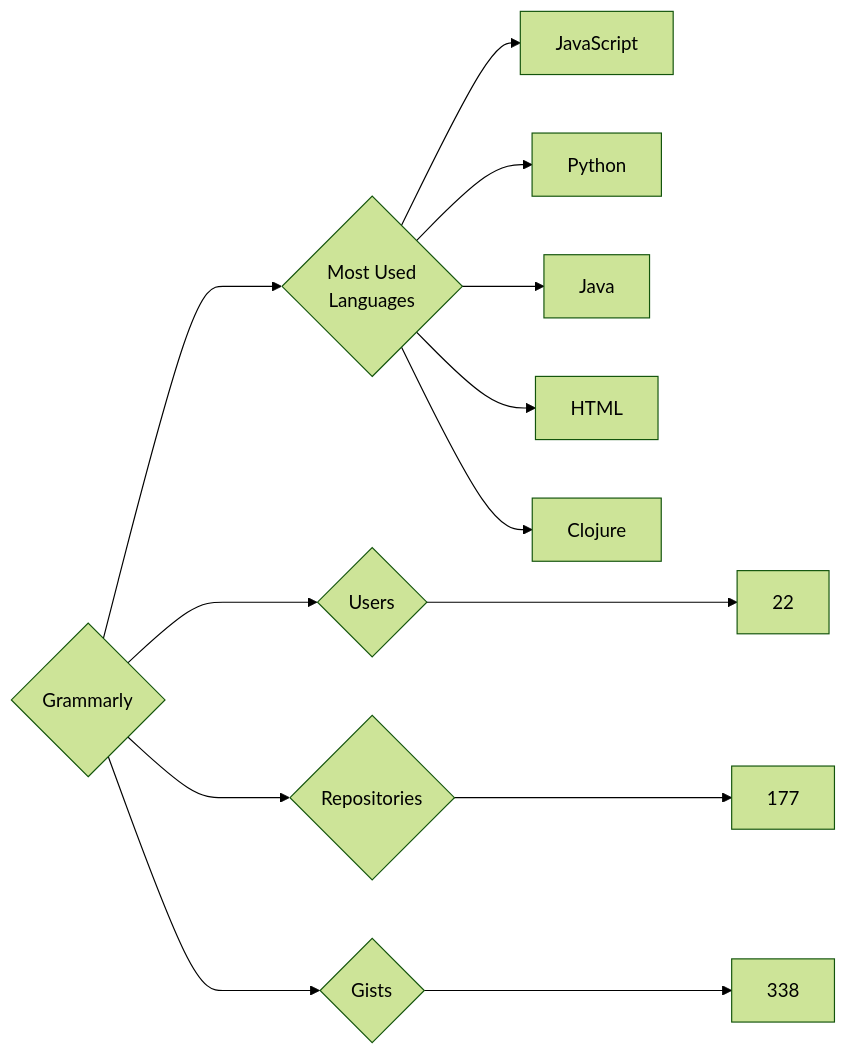
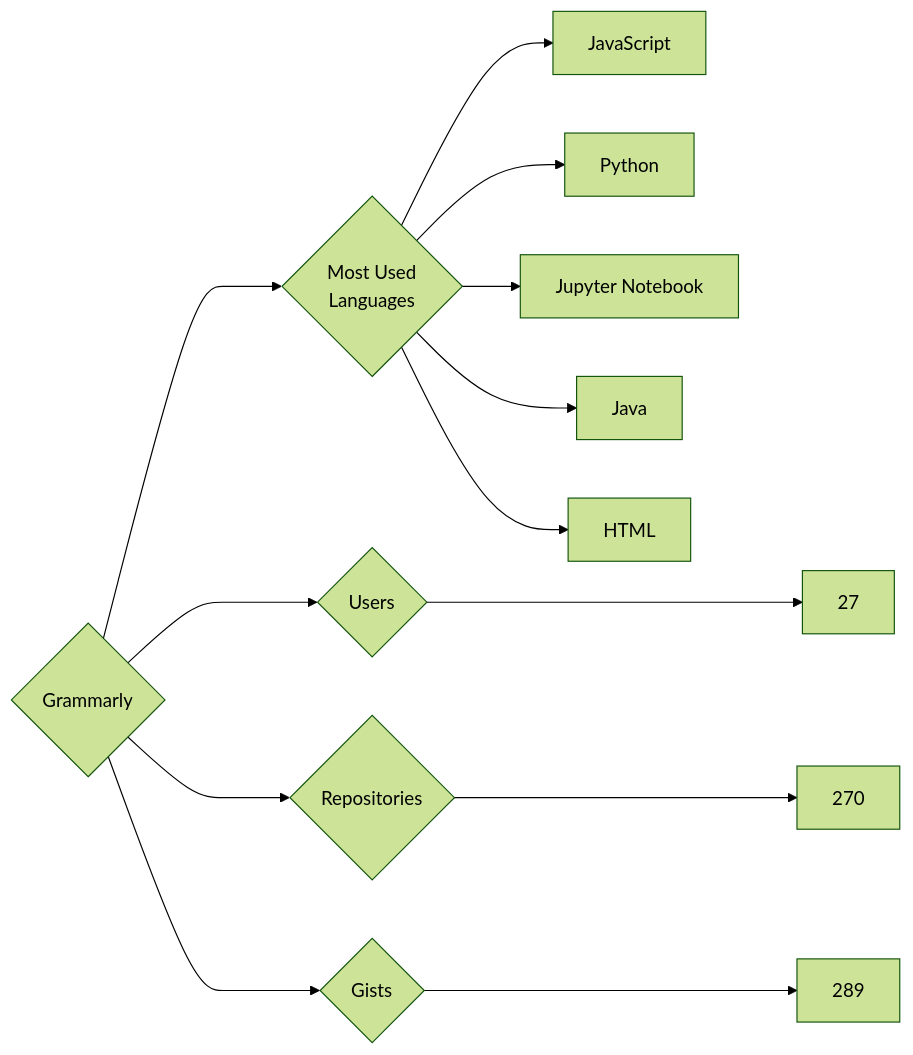
Before and after one commit to trickest/insiders: the diagram in targets/Grammarly/README.md, drawn with Mermaid (forest theme). The commit also changed 927 other files, not shown here.

````diff
--- a/targets/Grammarly/README.md
+++ b/targets/Grammarly/README.md
@@ -3,13 +3,13 @@
 ```mermaid
 graph LR
 COMPANY_NAME{Grammarly}
-COMPANY_NAME ---> U{Users} ---> UN[22]
-COMPANY_NAME ---> R{Repositories} ---> RN[177]
-COMPANY_NAME ---> G{Gists} ---> GN[338]
+COMPANY_NAME ---> U{Users} ---> UN[27]
+COMPANY_NAME ---> R{Repositories} ---> RN[270]
+COMPANY_NAME ---> G{Gists} ---> GN[289]
 COMPANY_NAME ---> ML{Most Used<br>Languages}
 ML --> JavaScript[JavaScript]
 ML --> Python[Python]
+ML --> Jupyter_Notebook[Jupyter Notebook]
 ML --> Java[Java]
 ML --> HTML[HTML]
-ML --> Clojure[Clojure]
 ```
````
